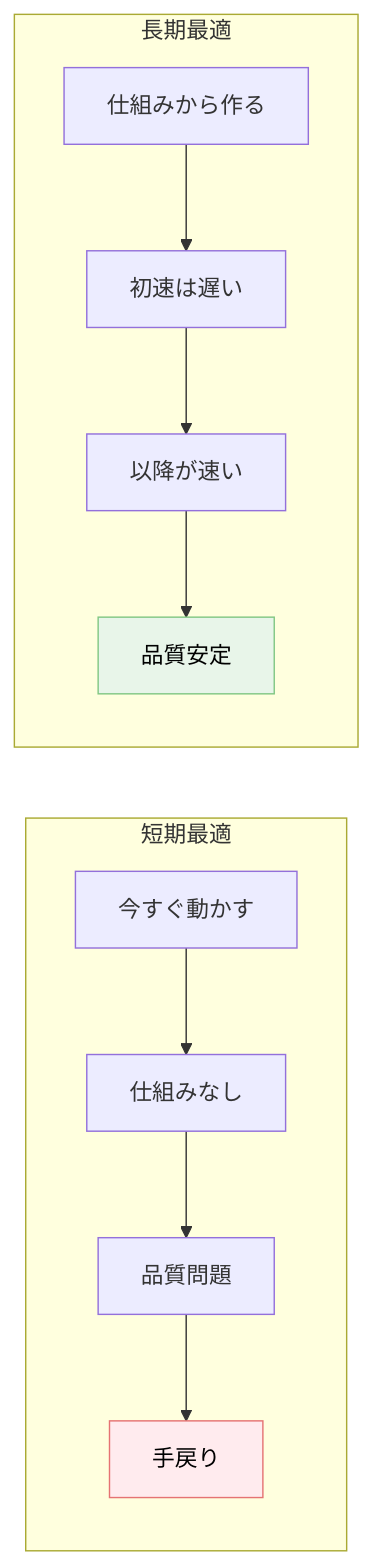
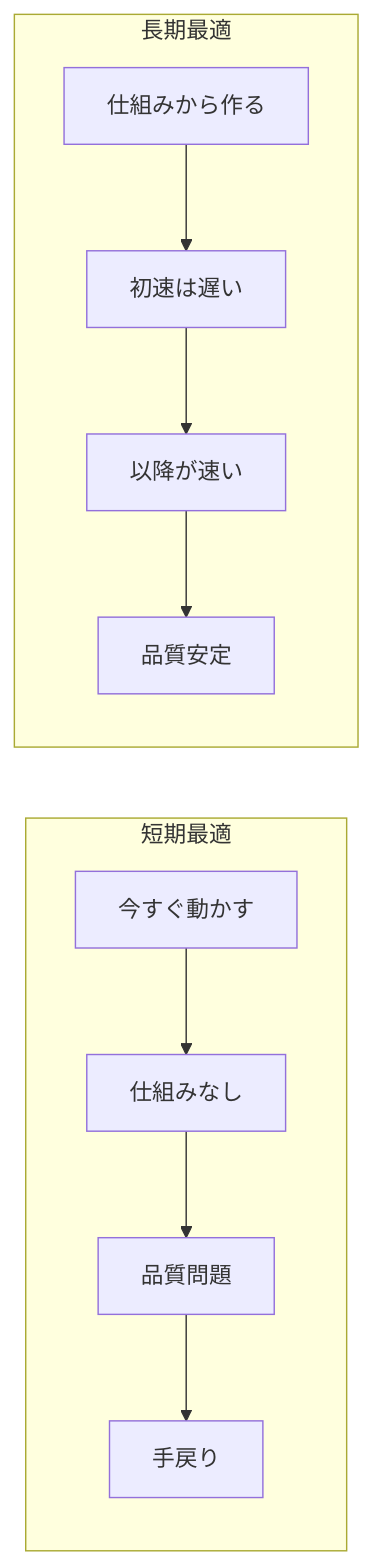
Before and after one commit to dinekt/dinekt-wiki: the fourth of 4 diagrams in docs/concepts/ai-開発の速度と品質は両立できる.md, drawn with Mermaid. The commit also changed other lines of this file and 70 other files, not shown here.

First line of the commit message:
fix(mermaid): strip all inline styling, rely on theme

````diff
--- a/docs/concepts/ai-開発の速度と品質は両立できる.md
+++ b/docs/concepts/ai-開発の速度と品質は両立できる.md
@@ -95,18 +91,16 @@
 ```mermaid
 flowchart LR
     subgraph 短期最適
       S1[今すぐ動かす]
       S1 --> S2[仕組みなし]
       S2 --> S3[品質問題]
       S3 --> S4[手戻り]
     end
     subgraph 長期最適
       L1[仕組みから作る]
       L1 --> L2[初速は遅い]
       L2 --> L3[以降が速い]
       L3 --> L4[品質安定]
     end
 
-    style S4 fill:#ffebee,stroke:#e57373,color:#000
-    style L4 fill:#e8f5e9,stroke:#81c784,color:#000
 ```
````
